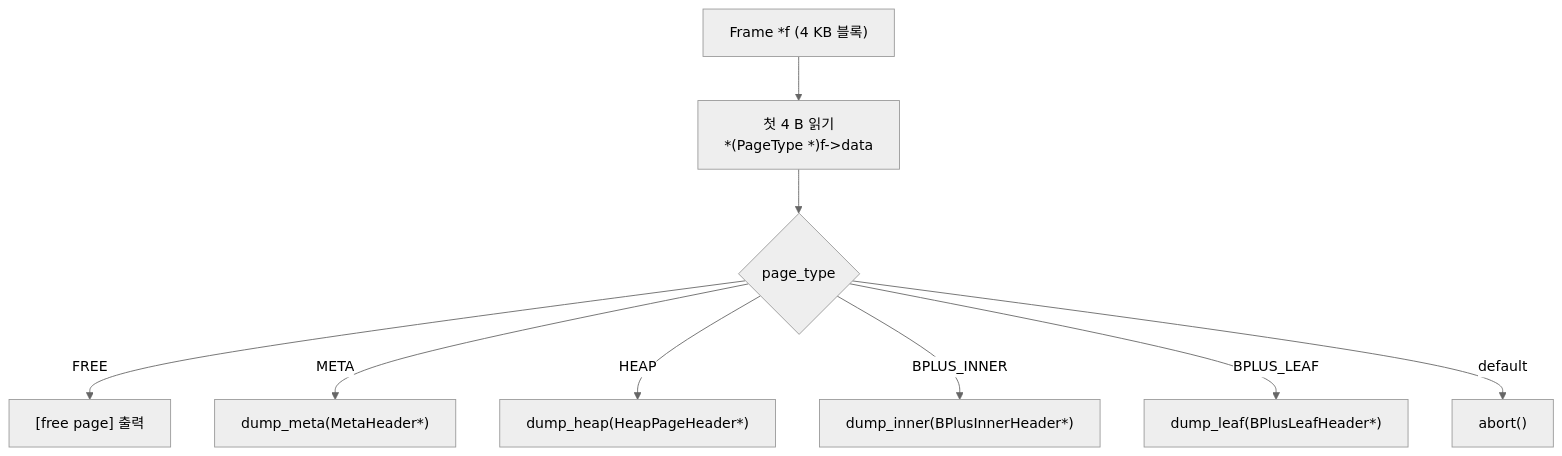
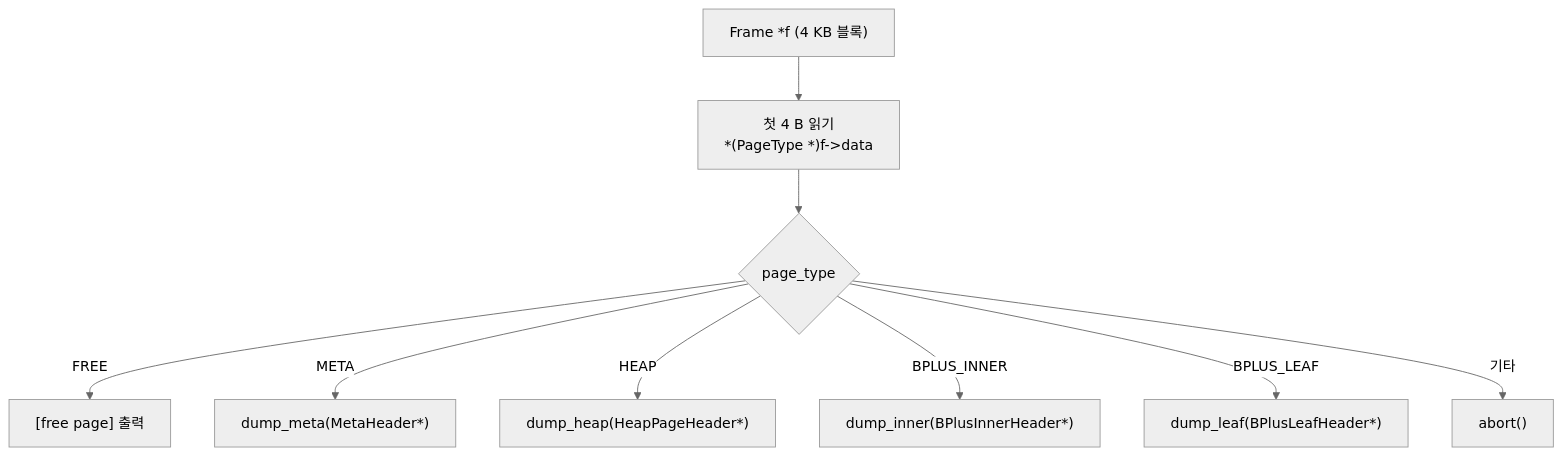
Before and after one commit to Jungle-12-303/wk07_6: the diagram in docs/blog/applications/03-page-type-tag-polymorphism.md, drawn with Mermaid (neutral theme). The commit also changed other lines of this file and 26 other files, not shown here.

First line of the commit message:
docs: 블로그 소제목·Mermaid·ASCII 박스 가독성 정비

````diff
--- a/docs/blog/applications/03-page-type-tag-polymorphism.md
+++ b/docs/blog/applications/03-page-type-tag-polymorphism.md
@@ -77,11 +77,11 @@
 ```mermaid
 flowchart TB
     In["Frame *f (4 KB 블록)"] --> Read["첫 4 B 읽기<br/>*(PageType *)f->data"]
     Read --> Dispatch{page_type}
     Dispatch -- FREE --> F1["[free page] 출력"]
     Dispatch -- META --> F2["dump_meta(MetaHeader*)"]
     Dispatch -- HEAP --> F3["dump_heap(HeapPageHeader*)"]
     Dispatch -- BPLUS_INNER --> F4["dump_inner(BPlusInnerHeader*)"]
     Dispatch -- BPLUS_LEAF --> F5["dump_leaf(BPlusLeafHeader*)"]
-    Dispatch -- default --> F6["abort()"]
+    Dispatch -- 기타 --> F6["abort()"]
 ```
````
